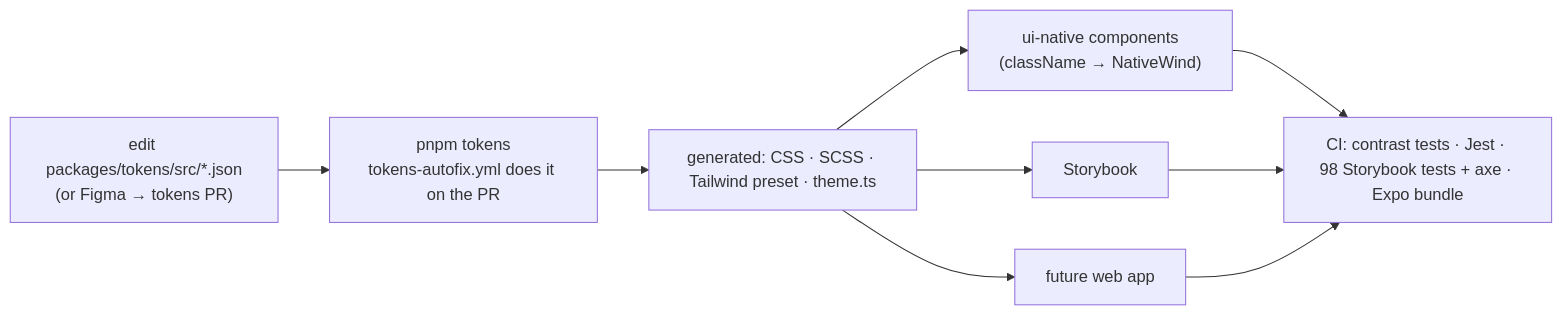
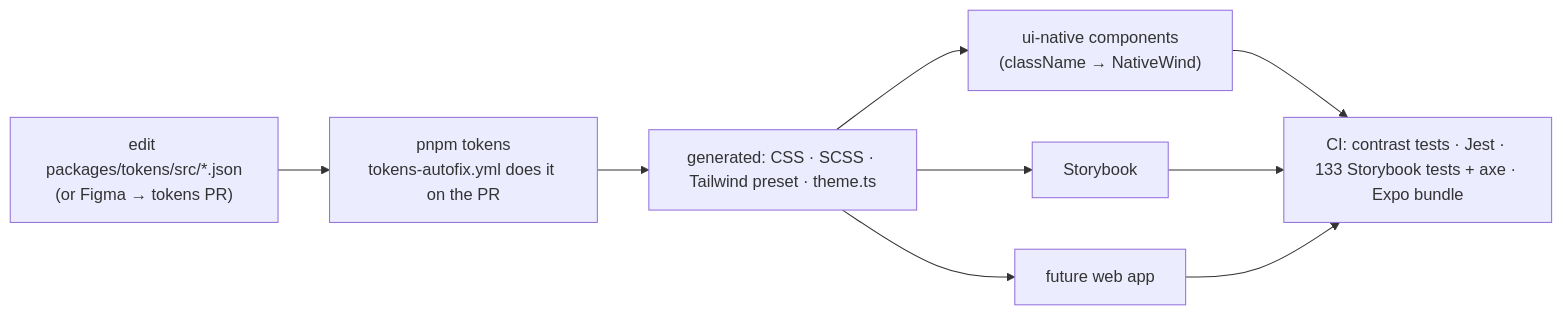
The diagram in README.md (DKirbi/Budget-counter), drawn with Mermaid before and after one commit. The commit also changed other lines of this file and 6 other files, not shown here.

First line of the commit message:
docs: receipt scanning guide; update architecture, testing, phone testing, web guide and README

````diff
--- a/README.md
+++ b/README.md
@@ -80,9 +88,9 @@
 ```mermaid
 flowchart LR
   A["edit packages/tokens/src/*.json<br/>(or Figma → tokens PR)"] --> B["pnpm tokens<br/>tokens-autofix.yml does it on the PR"]
   B --> C["generated: CSS · SCSS · Tailwind preset · theme.ts"]
   C --> D["ui-native components<br/>(className → NativeWind)"]
   C --> E["Storybook"]
   C --> F["future web app"]
-  D & E & F --> G["CI: contrast tests · Jest · 98 Storybook tests + axe · Expo bundle"]
+  D & E & F --> G["CI: contrast tests · Jest · 133 Storybook tests + axe · Expo bundle"]
 ```
````
